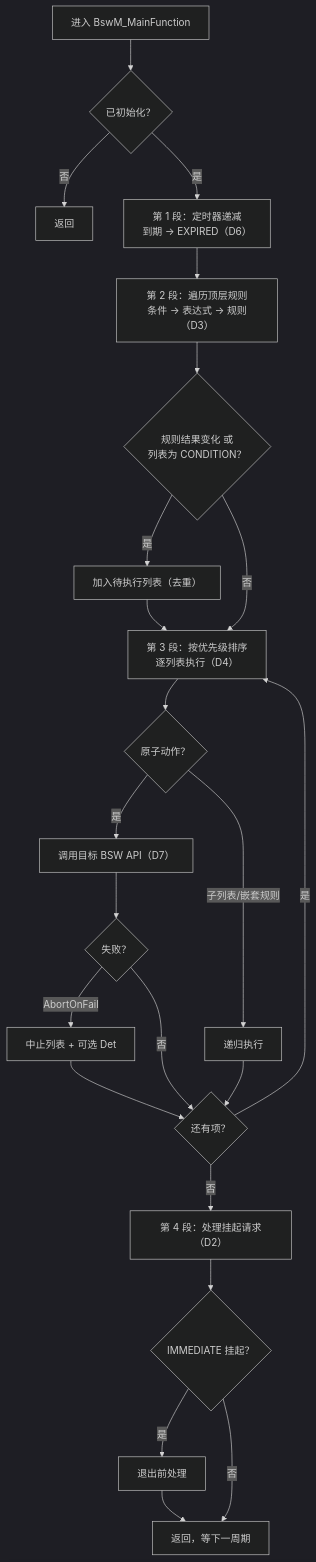
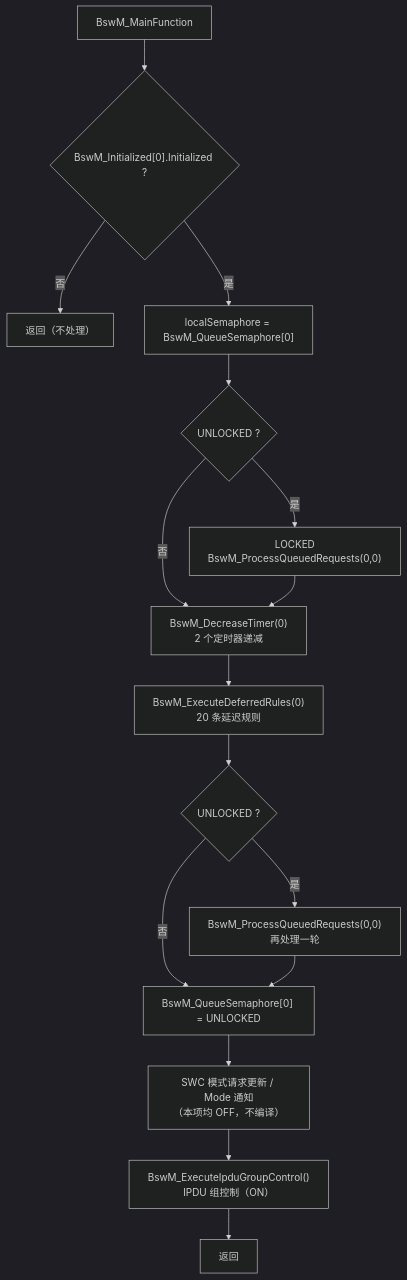
One commit to luokai123456/AUTOSAR- changed the diagram in AUTOSAR/模块/BswM/04_MainFunction流程/BswM_MainFunction调用逻辑.md. Above: the diagram before and after it, drawn with Mermaid (dark theme). The commit also changed other lines of this file and 60 other files, not shown here.

````diff
--- a/AUTOSAR/模块/BswM/04_MainFunction流程/BswM_MainFunction调用逻辑.md
+++ b/AUTOSAR/模块/BswM/04_MainFunction流程/BswM_MainFunction调用逻辑.md
@@ -36,25 +27,18 @@
 ```mermaid
 flowchart TD
-    A["进入 BswM_MainFunction"] --> B{"已初始化？"}
-    B -- 否 --> Z["返回"]
-    B -- 是 --> C["第 1 段：定时器递减<br/>到期 → EXPIRED（D6）"]
-    C --> D["第 2 段：遍历顶层规则<br/>条件 → 表达式 → 规则（D3）"]
-    D --> E{"规则结果变化 或<br/>列表为 CONDITION？"}
-    E -- 是 --> F["加入待执行列表（去重）"]
-    E -- 否 --> G
-    F --> G["第 3 段：按优先级排序<br/>逐列表执行（D4）"]
-    G --> H{"原子动作？"}
-    H -- 是 --> I["调用目标 BSW API（D7）"]
-    H -- "子列表/嵌套规则" --> J["递归执行"]
-    I --> K{"失败？"}
-    K -- "AbortOnFail" --> L["中止列表 + 可选 Det"]
-    K -- 否 --> M
-    J --> M{"还有项？"}
-    L --> M
-    M -- 是 --> G
-    M -- 否 --> N["第 4 段：处理挂起请求（D2）"]
-    N --> O{"IMMEDIATE 挂起？"}
-    O -- 是 --> P["退出前处理"]
-    O -- 否 --> Q["返回，等下一周期"]
-    P --> Q
+    A["BswM_MainFunction"] --> B{"BswM_Initialized[0].Initialized ?"}
+    B -- 否 --> Z["返回（不处理）"]
+    B -- 是 --> C["localSemaphore = BswM_QueueSemaphore[0]"]
+    C --> D{"UNLOCKED ?"}
+    D -- 是 --> E["LOCKED<br/>BswM_ProcessQueuedRequests(0,0)"]
+    D -- 否 --> F
+    E --> F["BswM_DecreaseTimer(0)<br/>2 个定时器递减"]
+    F --> G["BswM_ExecuteDeferredRules(0)<br/>20 条延迟规则"]
+    G --> H{"UNLOCKED ?"}
+    H -- 是 --> I["BswM_ProcessQueuedRequests(0,0)<br/>再处理一轮"]
+    H -- 否 --> J
+    I --> J["BswM_QueueSemaphore[0] = UNLOCKED"]
+    J --> K["SWC 模式请求更新 / Mode 通知<br/>（本项均 OFF，不编译）"]
+    K --> L["BswM_ExecuteIpduGroupControl()<br/>IPDU 组控制（ON）"]
+    L --> M["返回"]
 ```
````
